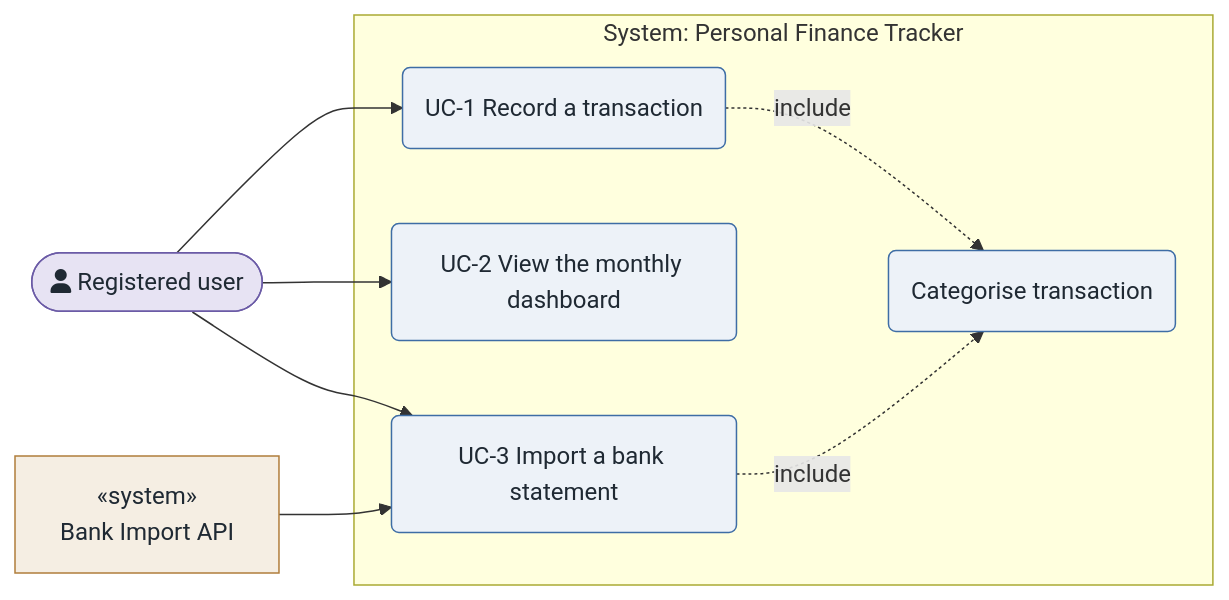
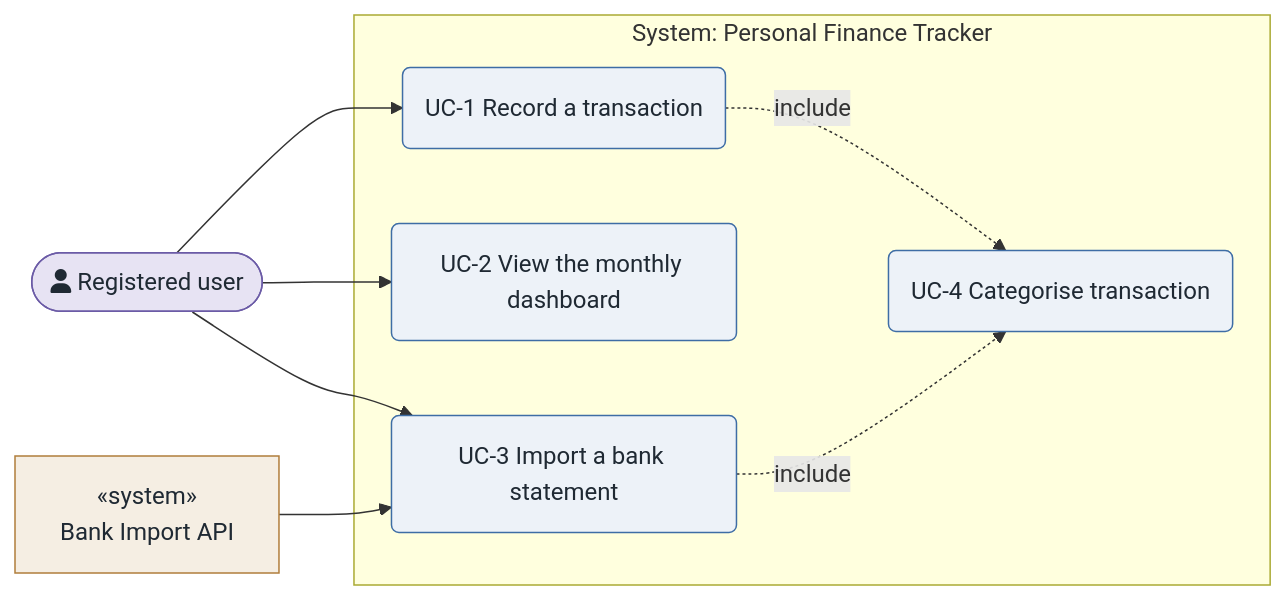
One commit to rtym/sei-architecture-methodology changed the diagram in examples/personal-finance-tracker-mermaid/drivers/use-cases/diagrams/overview-core.mmd. Above: the diagram before and after it, drawn with Mermaid. The commit also changed 30 other files, not shown here.

First line of the commit message:
fix: correct UML use case diagram conventions; bump to 1.5.0

```diff
--- a/examples/personal-finance-tracker-mermaid/drivers/use-cases/diagrams/overview-core.mmd
+++ b/examples/personal-finance-tracker-mermaid/drivers/use-cases/diagrams/overview-core.mmd
@@ -1,22 +1,22 @@
 flowchart LR
   %% Use case overview — Personal Finance Tracker (core)
   user(["fa:fa-user Registered user"])
   bank["&laquo;system&raquo;<br/>Bank Import API"]
   subgraph sys["System: Personal Finance Tracker"]
     uc1("UC-1 Record a transaction")
     uc2("UC-2 View the monthly dashboard")
     uc3("UC-3 Import a bank statement")
-    cat("Categorise transaction")
+    uc4("UC-4 Categorise transaction")
   end
   user --> uc1
   user --> uc2
   user --> uc3
   bank --> uc3
-  uc1 -. include .-> cat
-  uc3 -. include .-> cat
+  uc1 -. include .-> uc4
+  uc3 -. include .-> uc4
   classDef source   fill:#E7E3F3,stroke:#6B5BA6,color:#1F2933;
   classDef external fill:#F5EEE3,stroke:#B07D3B,color:#1F2933;
   classDef artifact fill:#EDF2F8,stroke:#3E6DA5,color:#1F2933;
   class user source
   class bank external
-  class uc1,uc2,uc3,cat artifact
+  class uc1,uc2,uc3,uc4 artifact
```
